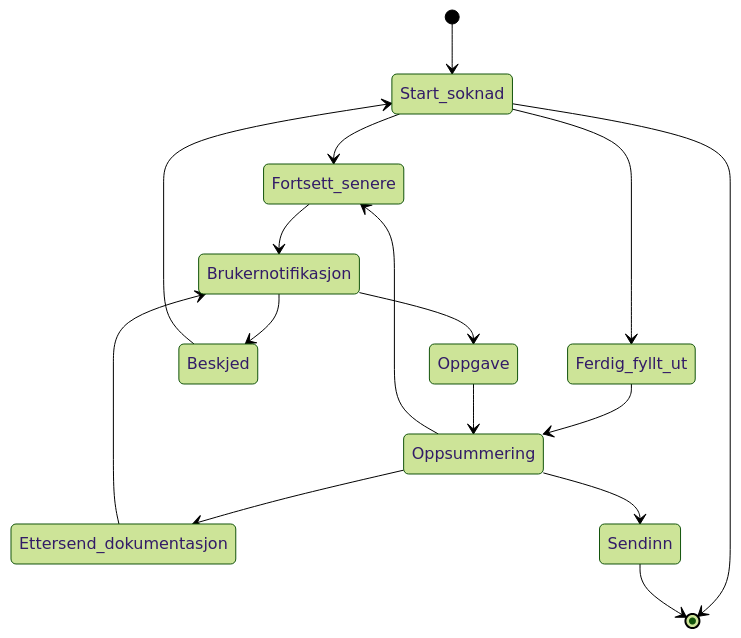
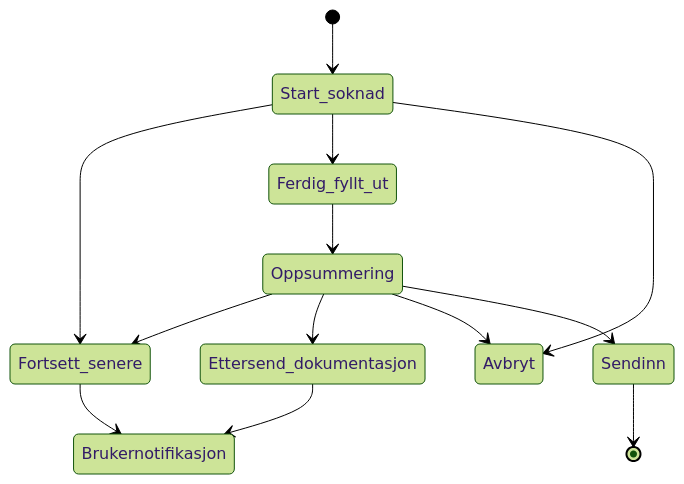
One commit to navikt/sendsoknad-boot changed the third of 4 diagrams in docs/Soknadsavhengigheter.md. Above: the diagram before and after it, drawn with Mermaid (forest theme). The commit also changed other lines of this file, not shown here.

Commit message:
Forenklet diagram

````diff
--- a/docs/Soknadsavhengigheter.md
+++ b/docs/Soknadsavhengigheter.md
@@ -31,18 +31,15 @@
 ```mermaid
 stateDiagram-v2
 [*] --> Start_soknad
-Start_soknad --> [*]
 Start_soknad --> Fortsett_senere
 Start_soknad --> Ferdig_fyllt_ut
-Fortsett_senere --> Brukernotifikasjon
+Start_soknad --> Avbryt
 Ferdig_fyllt_ut --> Oppsummering
+Sendinn --> [*]
 Oppsummering --> Fortsett_senere
 Oppsummering --> Ettersend_dokumentasjon
+Oppsummering --> Avbryt
+Oppsummering --> Sendinn
 Ettersend_dokumentasjon --> Brukernotifikasjon
-Oppsummering --> Sendinn
-Sendinn --> [*]
-Brukernotifikasjon --> Beskjed
-Beskjed --> Start_soknad
-Brukernotifikasjon --> Oppgave
-Oppgave --> Oppsummering
+Fortsett_senere --> Brukernotifikasjon
 ```
````
